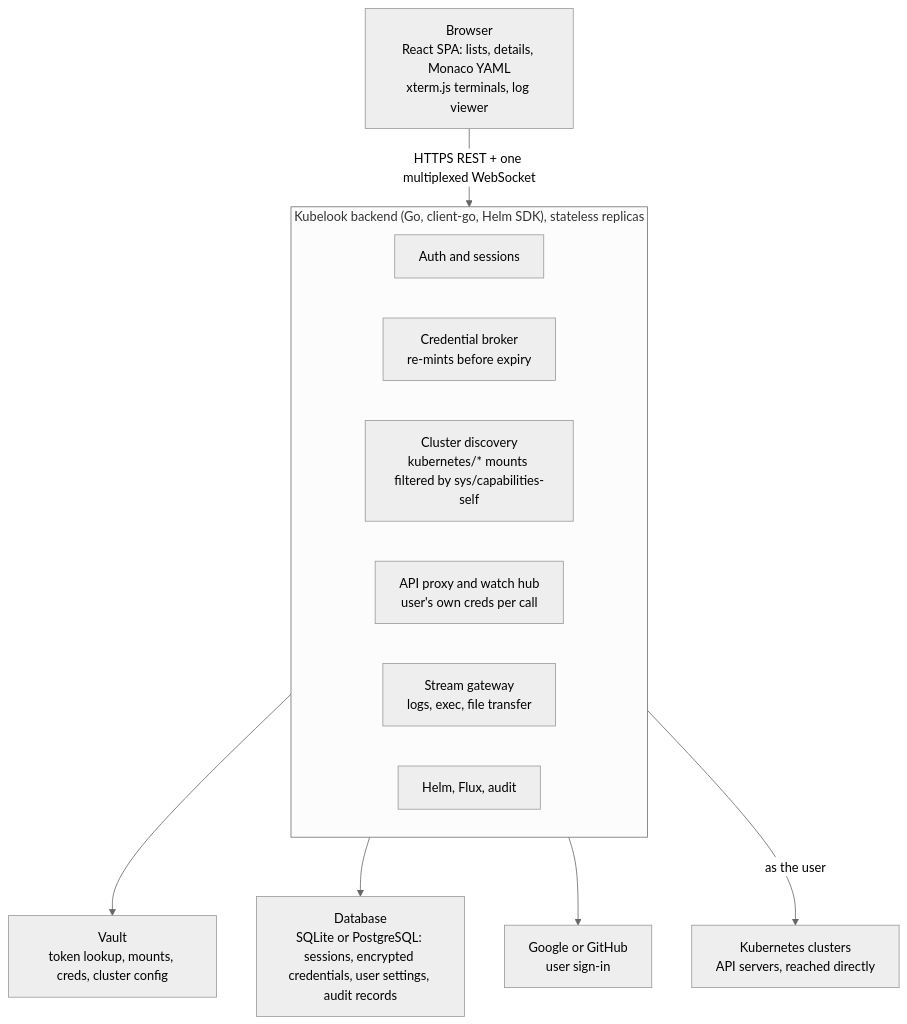
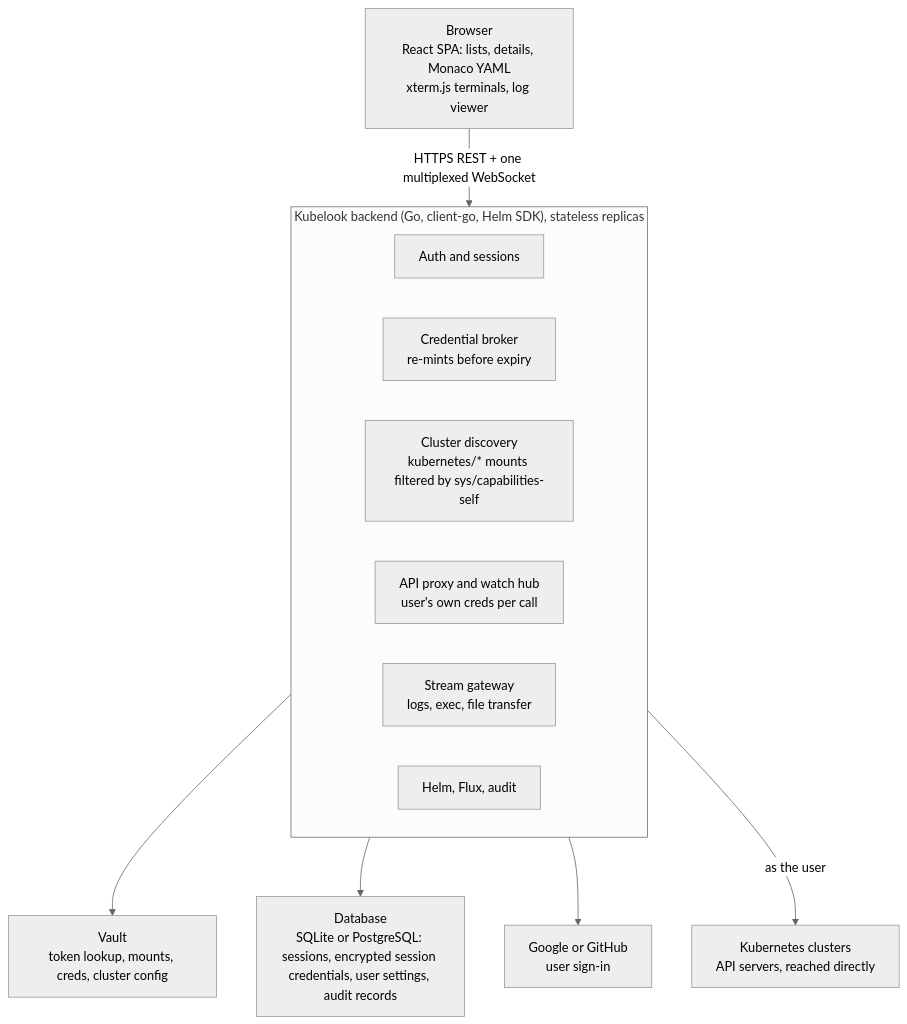
Before and after one commit to bdnix/kubelook: the diagram in docs/spec.md, drawn with Mermaid (neutral theme). The commit also changed other lines of this file, not shown here.

First line of the commit message:
Keep saved credentials as encrypted copies in the browser

````diff
--- a/docs/spec.md
+++ b/docs/spec.md
@@ -107,21 +111,21 @@
 ```mermaid
 flowchart TB
   browser["Browser<br/>React SPA: lists, details, Monaco YAML<br/>xterm.js terminals, log viewer"]
   subgraph backend["Kubelook backend (Go, client-go, Helm SDK), stateless replicas"]
     auth["Auth and sessions"]
     broker["Credential broker<br/>re-mints before expiry"]
     discovery["Cluster discovery<br/>kubernetes/* mounts filtered by sys/capabilities-self"]
     proxy["API proxy and watch hub<br/>user's own creds per call"]
     streams["Stream gateway<br/>logs, exec, file transfer"]
     ops["Helm, Flux, audit"]
   end
   vault["Vault<br/>token lookup, mounts, creds, cluster config"]
-  store["Database<br/>SQLite or PostgreSQL: sessions, encrypted credentials, user settings, audit records"]
+  store["Database<br/>SQLite or PostgreSQL: sessions, encrypted session credentials, user settings, audit records"]
   idp["Google or GitHub<br/>user sign-in"]
   clusters["Kubernetes clusters<br/>API servers, reached directly"]
   browser -- "HTTPS REST + one multiplexed WebSocket" --> backend
   backend --> vault
   backend --> store
   backend --> idp
   backend -- "as the user" --> clusters
 ```
````
